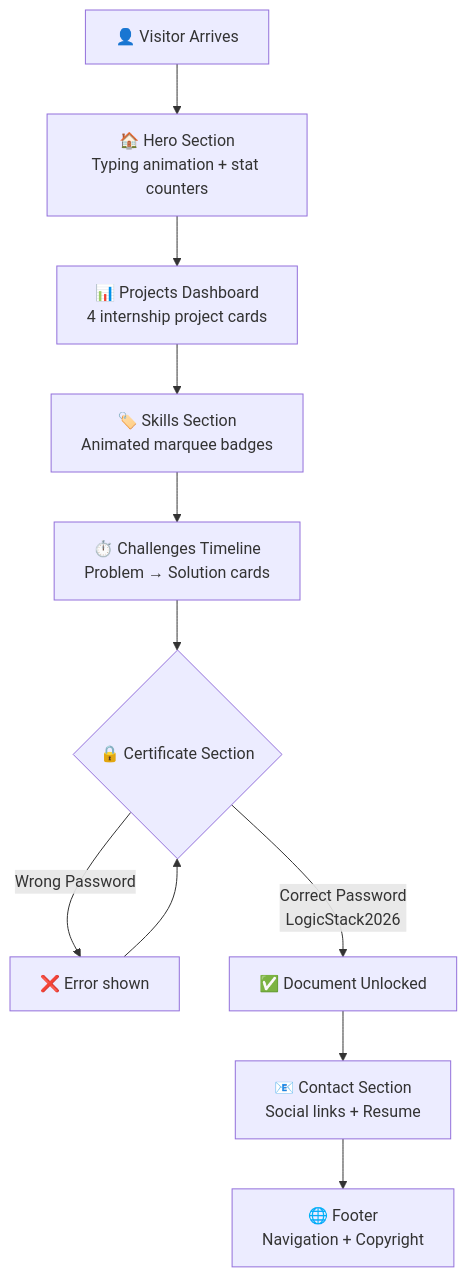
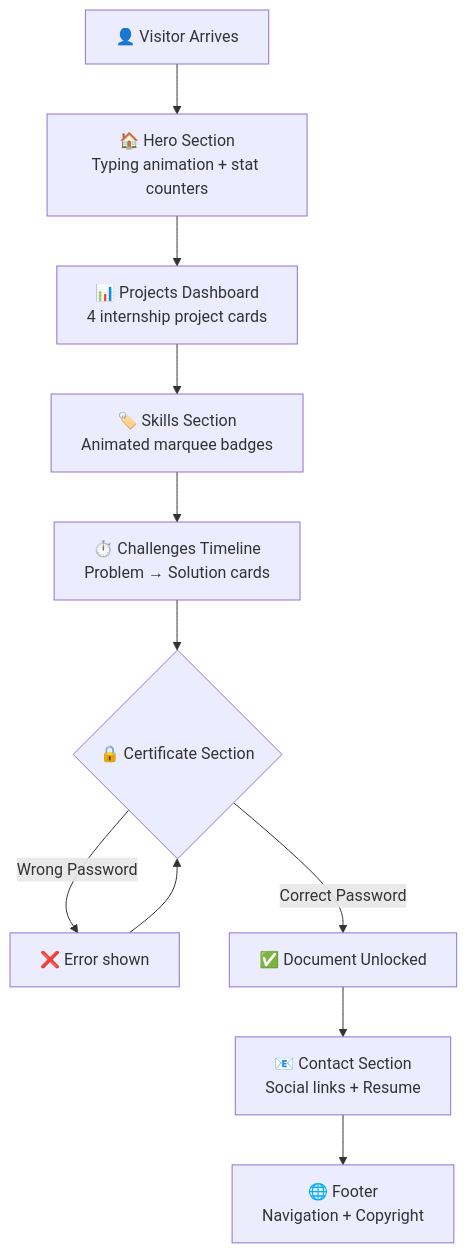
One commit to YasirAwan4831/data-analyst-portfolio-dashboard changed the diagram in README.md. Above: the diagram before and after it, drawn with Mermaid. The commit also changed other lines of this file, not shown here.

Commit message:
Update READNE file and Chack Password

````diff
--- a/README.md
+++ b/README.md
@@ -141,13 +141,13 @@
 ```mermaid
 flowchart TD
     A[👤 Visitor Arrives] --> B[🏠 Hero Section\nTyping animation + stat counters]
     B --> C[📊 Projects Dashboard\n4 internship project cards]
     C --> D[🏷️ Skills Section\nAnimated marquee badges]
     D --> E[⏱️ Challenges Timeline\nProblem → Solution cards]
     E --> F{🔒 Certificate Section}
     F -->|Wrong Password| G[❌ Error shown]
     G --> F
-    F -->|Correct Password\nLogicStack2026| H[✅ Document Unlocked]
+    F -->|Correct Password\n| H[✅ Document Unlocked]
     H --> I[📧 Contact Section\nSocial links + Resume]
     I --> J[🌐 Footer\nNavigation + Copyright]
 ```
````
